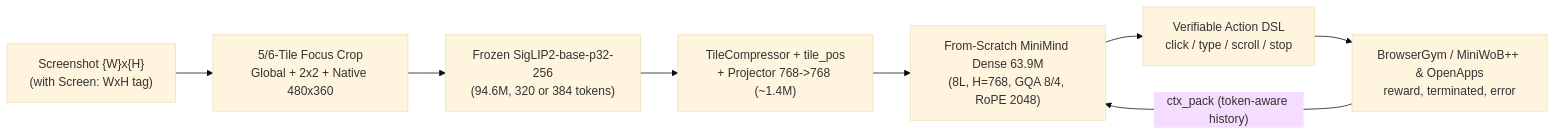
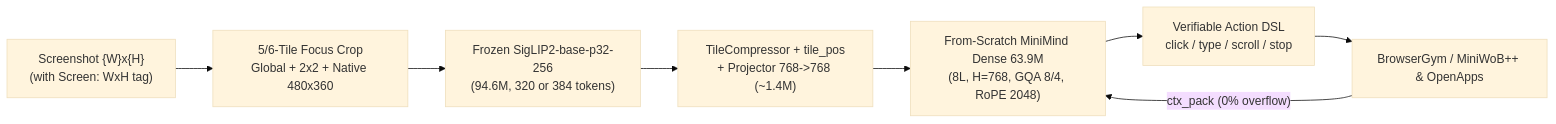
The diagram in README.md (ca1tshame/minimind-o-action), drawn with Mermaid (base theme) before and after one commit. The commit also changed other lines of this file and 1 other file, not shown here.

````diff
--- a/README.md
+++ b/README.md
@@ -105,10 +77,10 @@
 ```mermaid
 flowchart LR
     S["Screenshot {W}x{H}<br/>(with Screen: WxH tag)"] --> T["5/6-Tile Focus Crop<br/>Global + 2x2 + Native 480x360"]
     T --> V["Frozen SigLIP2-base-p32-256<br/>(94.6M, 320 or 384 tokens)"]
     V --> C["TileCompressor + tile_pos<br/>+ Projector 768->768 (~1.4M)"]
     C --> LM["From-Scratch MiniMind Dense 63.9M<br/>(8L, H=768, GQA 8/4, RoPE 2048)"]
     LM --> DSL["Verifiable Action DSL<br/>click / type / scroll / stop"]
-    DSL --> ENV["BrowserGym / MiniWoB++ &amp; OpenApps<br/>reward, terminated, error"]
-    ENV -->|"ctx_pack (token-aware history)"| LM
+    DSL --> ENV["BrowserGym / MiniWoB++ &amp; OpenApps"]
+    ENV -->|"ctx_pack (0% overflow)"| LM
 ```
````
